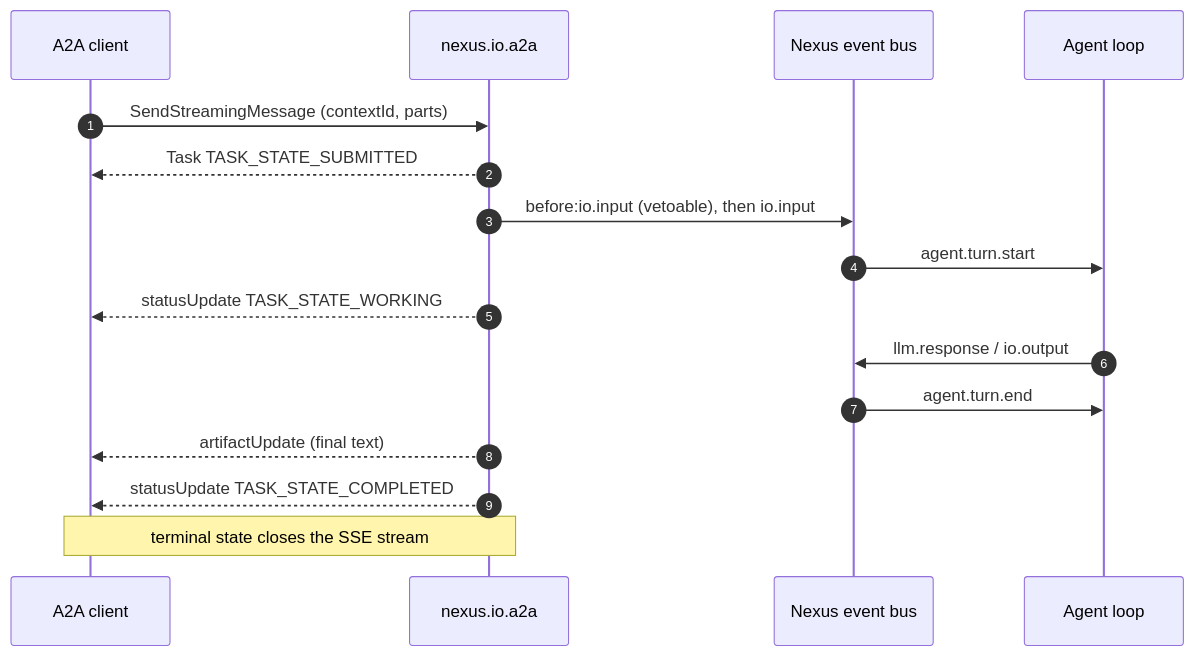
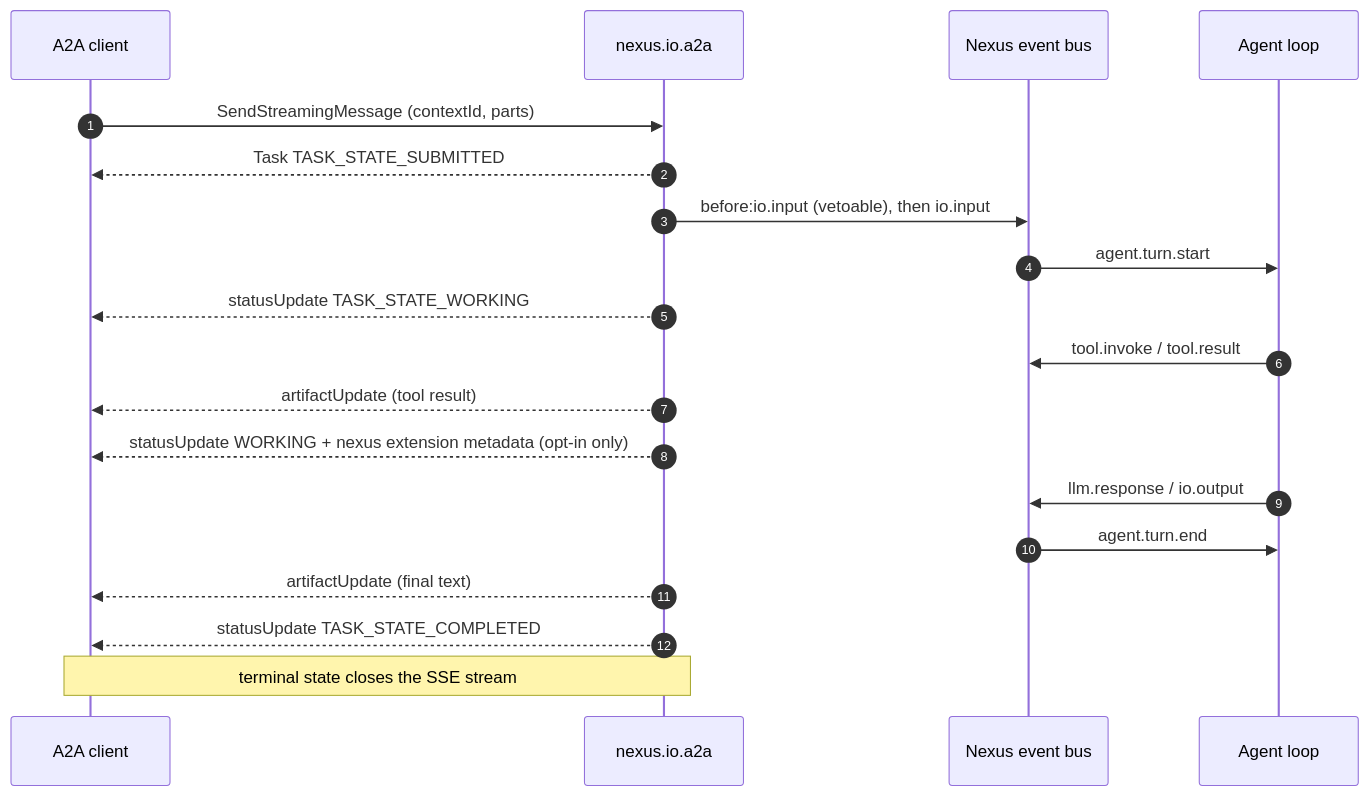
The diagram in docs/src/guides/a2a.md (frankbardon/nexus), drawn with Mermaid before and after one commit. The commit also changed other lines of this file and 19 other files, not shown here.

````diff
--- a/docs/src/guides/a2a.md
+++ b/docs/src/guides/a2a.md
@@ -62,19 +66,22 @@
 ```mermaid
 sequenceDiagram
     autonumber
     participant C as A2A client
     participant P as nexus.io.a2a
     participant B as Nexus event bus
     participant A as Agent loop
 
     C->>P: SendStreamingMessage (contextId, parts)
     P-->>C: Task TASK_STATE_SUBMITTED
     P->>B: before:io.input (vetoable), then io.input
     B->>A: agent.turn.start
     P-->>C: statusUpdate TASK_STATE_WORKING
+    A->>B: tool.invoke / tool.result
+    P-->>C: artifactUpdate (tool result)
+    P-->>C: statusUpdate WORKING + nexus extension metadata (opt-in only)
     A->>B: llm.response / io.output
     B->>A: agent.turn.end
     P-->>C: artifactUpdate (final text)
     P-->>C: statusUpdate TASK_STATE_COMPLETED
     Note over C,P: terminal state closes the SSE stream
 ```
````
